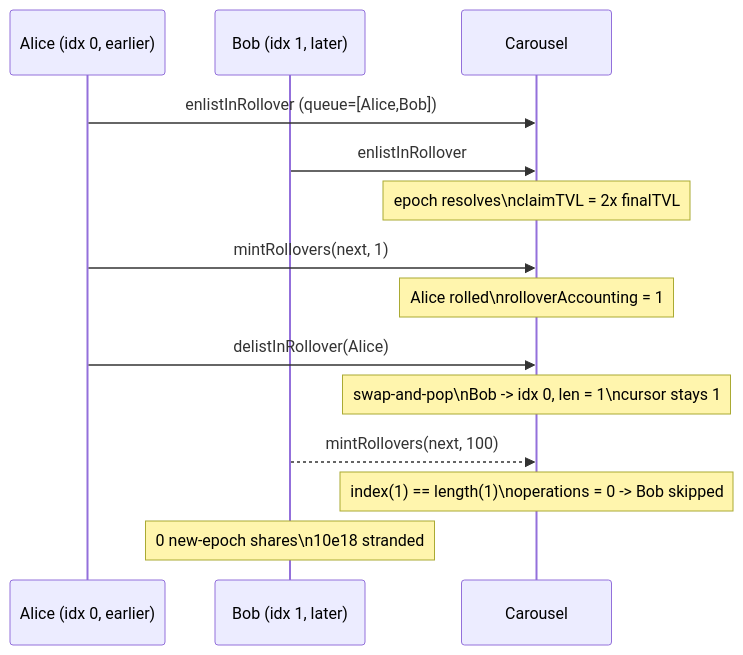
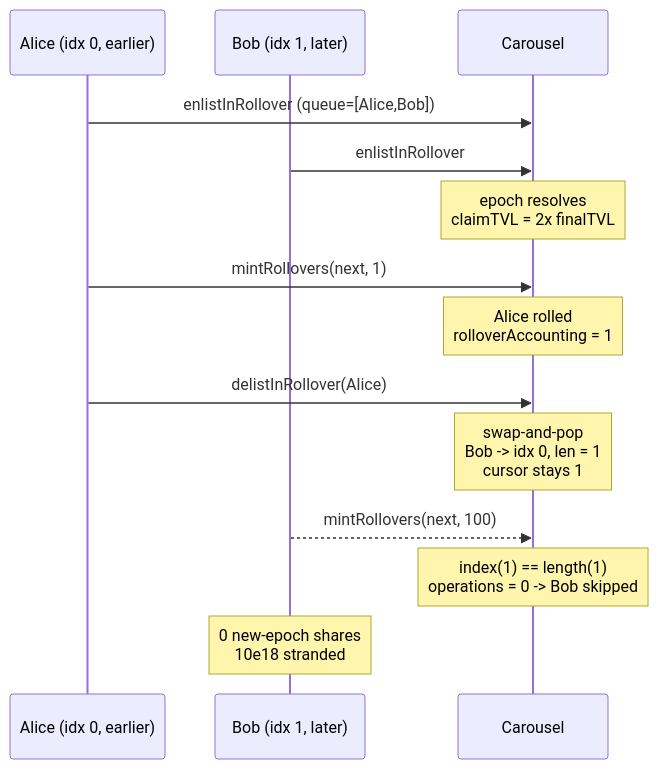
The diagram in 18534-h-2-earlier-users-in-rollover-queue-can-grief-later-users-sh_exp/18534-h-2-earlier-users-in-rollover-queue-can-grief-later-users-sh_exp.md (sanbir/evm-hack-registry), drawn with Mermaid before and after one commit. The commit also changed 23 other files, not shown here.

````diff
--- a/18534-h-2-earlier-users-in-rollover-queue-can-grief-later-users-sh_exp/18534-h-2-earlier-users-in-rollover-queue-can-grief-later-users-sh_exp.md
+++ b/18534-h-2-earlier-users-in-rollover-queue-can-grief-later-users-sh_exp/18534-h-2-earlier-users-in-rollover-queue-can-grief-later-users-sh_exp.md
@@ -64,16 +64,16 @@
 ```mermaid
 sequenceDiagram
     participant Alice as Alice (idx 0, earlier)
     participant Bob as Bob (idx 1, later)
     participant Vault as Carousel
     Alice->>Vault: enlistInRollover (queue=[Alice,Bob])
     Bob->>Vault: enlistInRollover
-    Note over Vault: epoch resolves\nclaimTVL = 2x finalTVL
+    Note over Vault: epoch resolves<br/>claimTVL = 2x finalTVL
     Alice->>Vault: mintRollovers(next, 1)
-    Note over Vault: Alice rolled\nrolloverAccounting = 1
+    Note over Vault: Alice rolled<br/>rolloverAccounting = 1
     Alice->>Vault: delistInRollover(Alice)
-    Note over Vault: swap-and-pop\nBob -> idx 0, len = 1\ncursor stays 1
+    Note over Vault: swap-and-pop<br/>Bob -> idx 0, len = 1<br/>cursor stays 1
     Bob-->>Vault: mintRollovers(next, 100)
-    Note over Vault: index(1) == length(1)\noperations = 0 -> Bob skipped
-    Note over Bob: 0 new-epoch shares\n10e18 stranded
+    Note over Vault: index(1) == length(1)<br/>operations = 0 -> Bob skipped
+    Note over Bob: 0 new-epoch shares<br/>10e18 stranded
 ```
````
